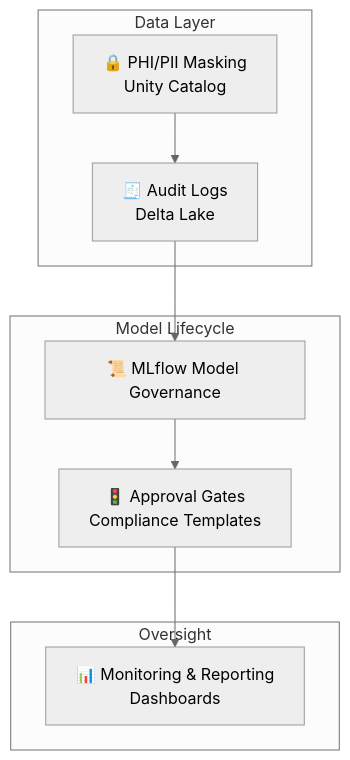
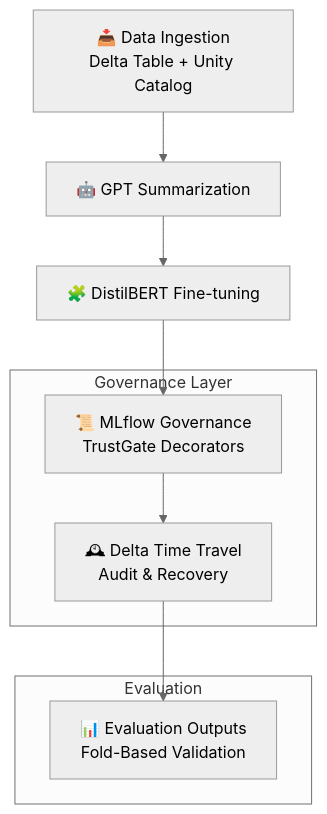
One commit to skatwala/compliance-ai-reference-arch changed the diagram in README.md. Above: the diagram before and after it, drawn with Mermaid (neutral theme). The commit also changed other lines of this file, not shown here.

````diff
--- a/README.md
+++ b/README.md
@@ -53,21 +57,17 @@
 ```mermaid
 flowchart TD
-    A[🔒 PHI/PII Masking<br/>Unity Catalog] --> B[🧾 Audit Logs<br/>Delta Lake]
-    B --> C[📜 MLflow Model Governance]
-    C --> D[🚦 Approval Gates<br/>Compliance Templates]
-    D --> E[📊 Monitoring & Reporting<br/>Dashboards]
+    A[📥 Data Ingestion<br/>Delta Table + Unity Catalog] --> B[🤖 GPT Summarization]
+    B --> C[🧩 DistilBERT Fine-tuning]
+    C --> D[📜 MLflow Governance<br/>TrustGate Decorators]
+    D --> E[🕰 Delta Time Travel<br/>Audit & Recovery]
+    E --> F[📊 Evaluation Outputs<br/>Fold-Based Validation]
 
-    subgraph Data Layer
-        A
-        B
+    subgraph Governance Layer
+        D
+        E
     end
 
-    subgraph Model Lifecycle
-        C
-        D
-    end
-
-    subgraph Oversight
-        E
+    subgraph Evaluation
+        F
     end
 ```
````
